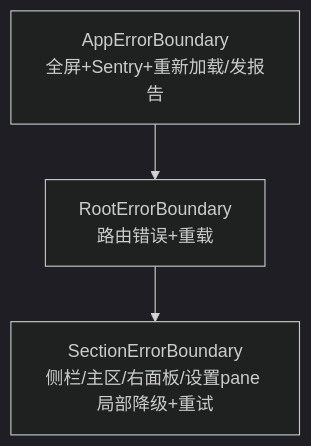
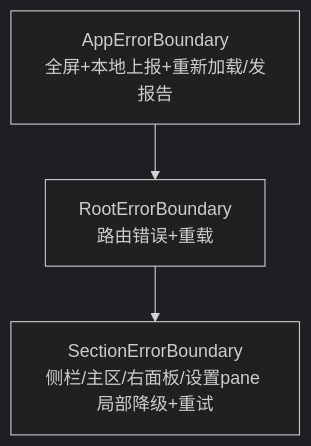
Before and after one commit to zlh12331/superagent: diagram 16 of 22 in docs/design/09-ux-interaction-spec.md, drawn with Mermaid (dark theme). The commit also changed other lines of this file and 621 other files, not shown here.

````diff
--- a/docs/design/09-ux-interaction-spec.md
+++ b/docs/design/09-ux-interaction-spec.md
@@ -478,5 +476,5 @@
 ```mermaid
 flowchart TB
-  E1[AppErrorBoundary<br/>全屏+Sentry+重新加载/发报告] --> E2[RootErrorBoundary<br/>路由错误+重载]
+  E1[AppErrorBoundary<br/>全屏+本地上报+重新加载/发报告] --> E2[RootErrorBoundary<br/>路由错误+重载]
   E2 --> E3[SectionErrorBoundary<br/>侧栏/主区/右面板/设置pane 局部降级+重试]
 ```
````
